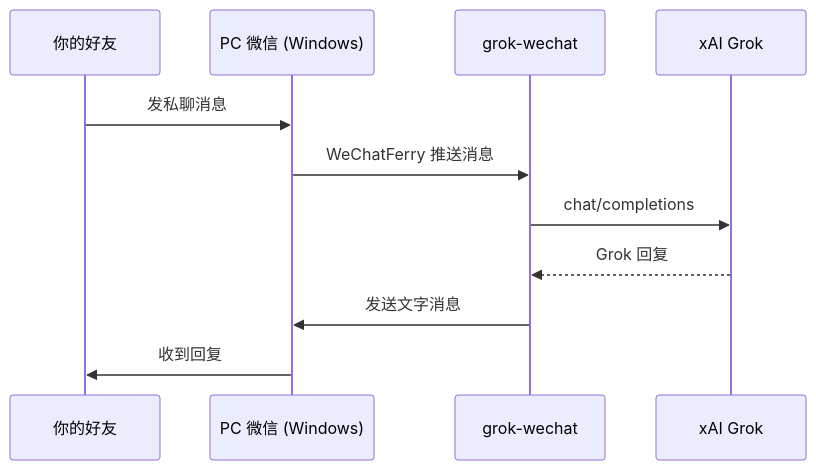
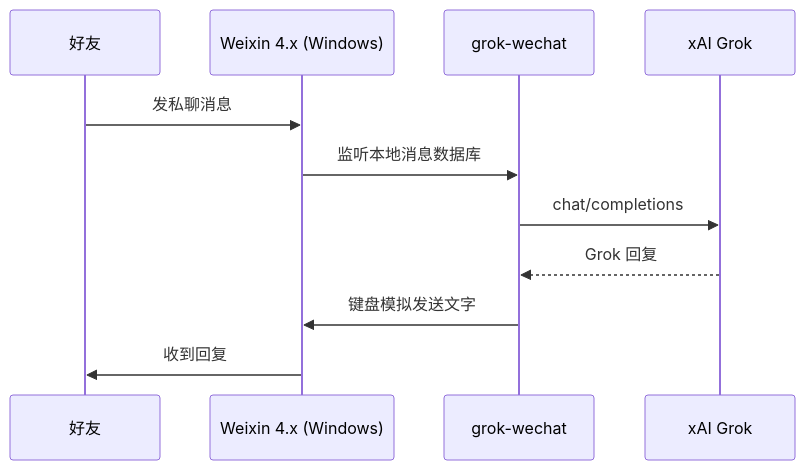
The first of 2 diagrams in README.md (ada-yq225/grok-wechat), drawn with Mermaid before and after one commit. The commit also changed other lines of this file, not shown here.

Commit message:
Update README for multi-backend WeChat and WhatsApp bot

````diff
--- a/README.md
+++ b/README.md
@@ -9,14 +16,14 @@
 ```mermaid
 sequenceDiagram
-    participant F as 你的好友
-    participant W as PC 微信 (Windows)
+    participant F as 好友
+    participant W as Weixin 4.x (Windows)
     participant B as grok-wechat
     participant G as xAI Grok
 
     F->>W: 发私聊消息
-    W->>B: WeChatFerry 推送消息
+    W->>B: 监听本地消息数据库
     B->>G: chat/completions
     G-->>B: Grok 回复
-    B->>W: 发送文字消息
+    B->>W: 键盘模拟发送文字
     W->>F: 收到回复
 ```
````
